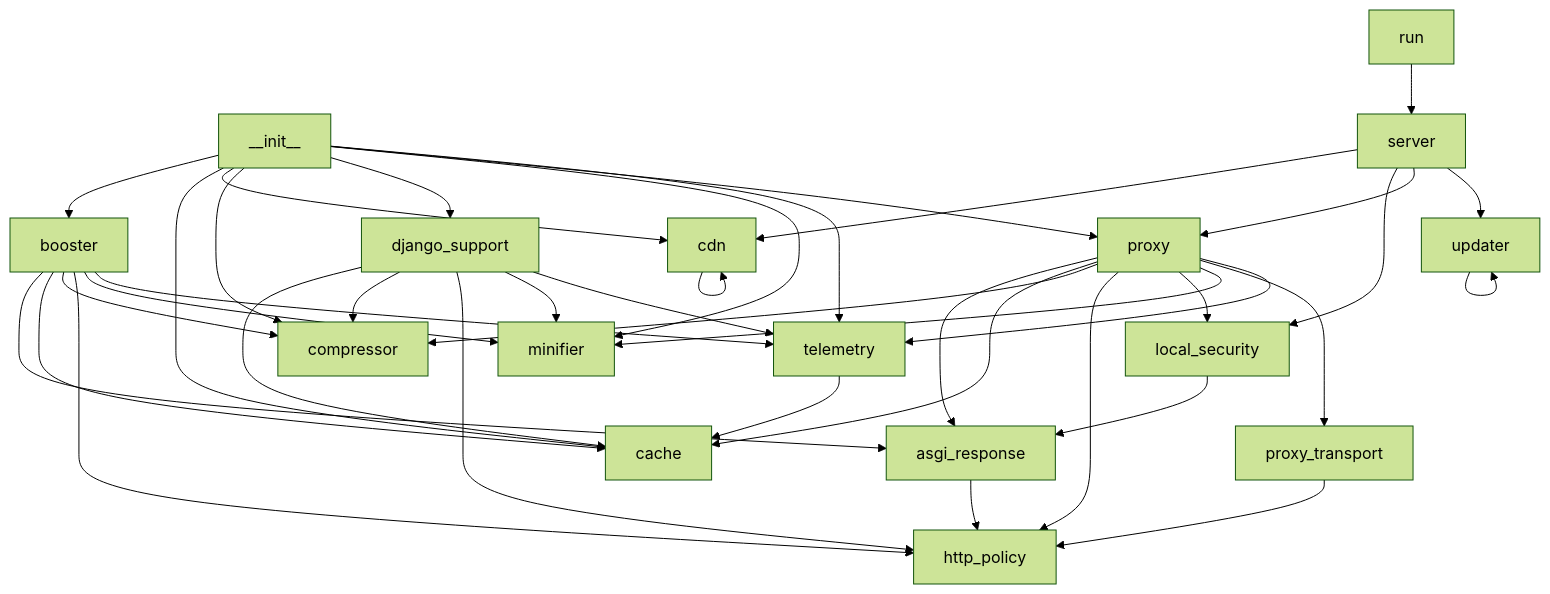
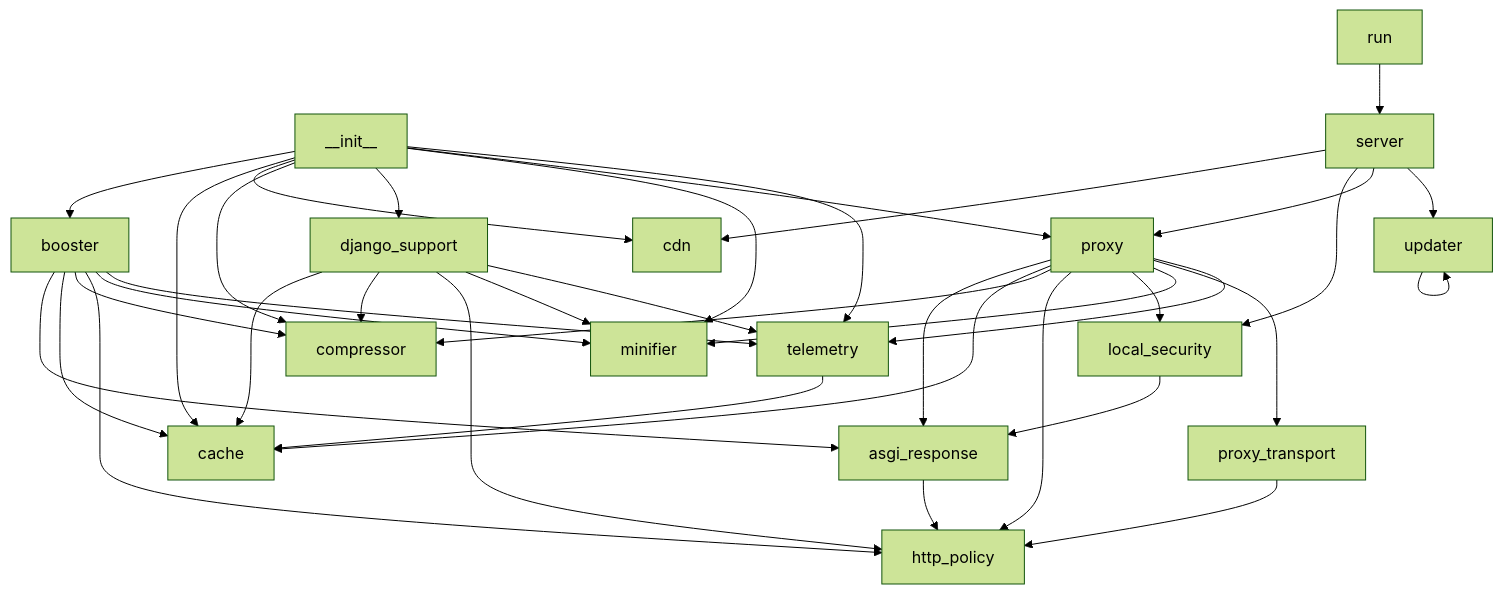
Before and after one commit to Gaazi/booster: the diagram in CODEMAP.md, drawn with Mermaid (forest theme). The commit also changed other lines of this file and 14 other files, not shown here.

````diff
--- a/CODEMAP.md
+++ b/CODEMAP.md
@@ -318,41 +331,40 @@
 ```mermaid
 graph TD
   __init__ --> booster
   __init__ --> cache
   __init__ --> cdn
   __init__ --> compressor
   __init__ --> django_support
   __init__ --> minifier
   __init__ --> proxy
   __init__ --> telemetry
   asgi_response --> http_policy
   booster --> asgi_response
   booster --> cache
   booster --> compressor
   booster --> http_policy
   booster --> minifier
   booster --> telemetry
-  cdn --> cdn
   django_support --> cache
   django_support --> compressor
   django_support --> http_policy
   django_support --> minifier
   django_support --> telemetry
   local_security --> asgi_response
   proxy --> asgi_response
   proxy --> cache
   proxy --> compressor
   proxy --> http_policy
   proxy --> local_security
   proxy --> minifier
   proxy --> proxy_transport
   proxy --> telemetry
   proxy_transport --> http_policy
   run --> server
   server --> cdn
   server --> local_security
   server --> proxy
   server --> updater
   telemetry --> cache
   updater --> updater
 ```
````
